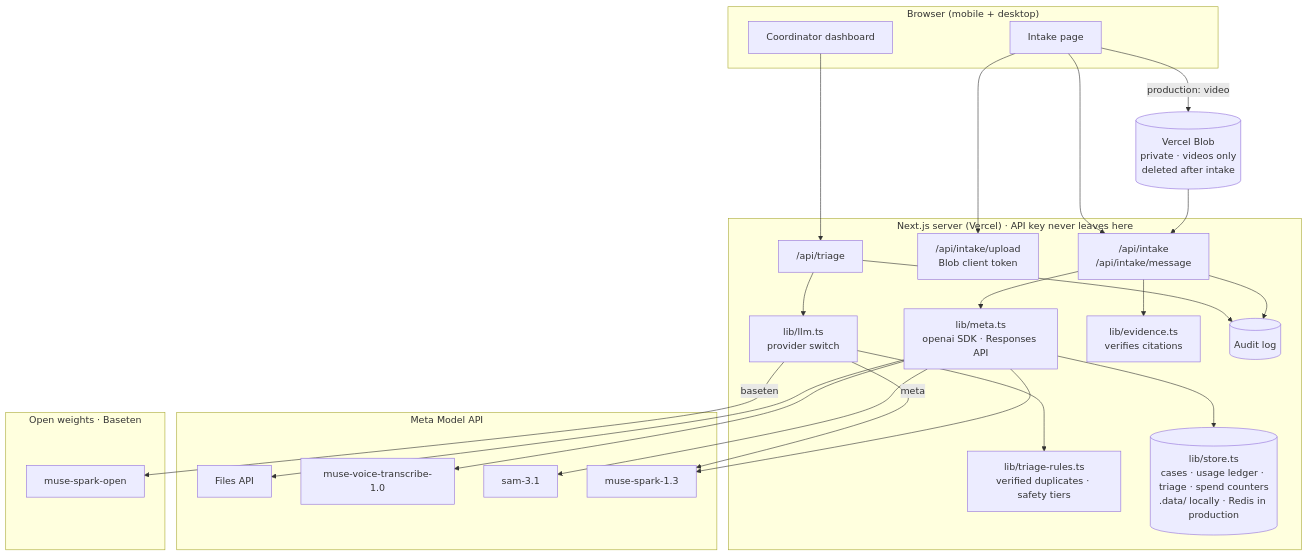
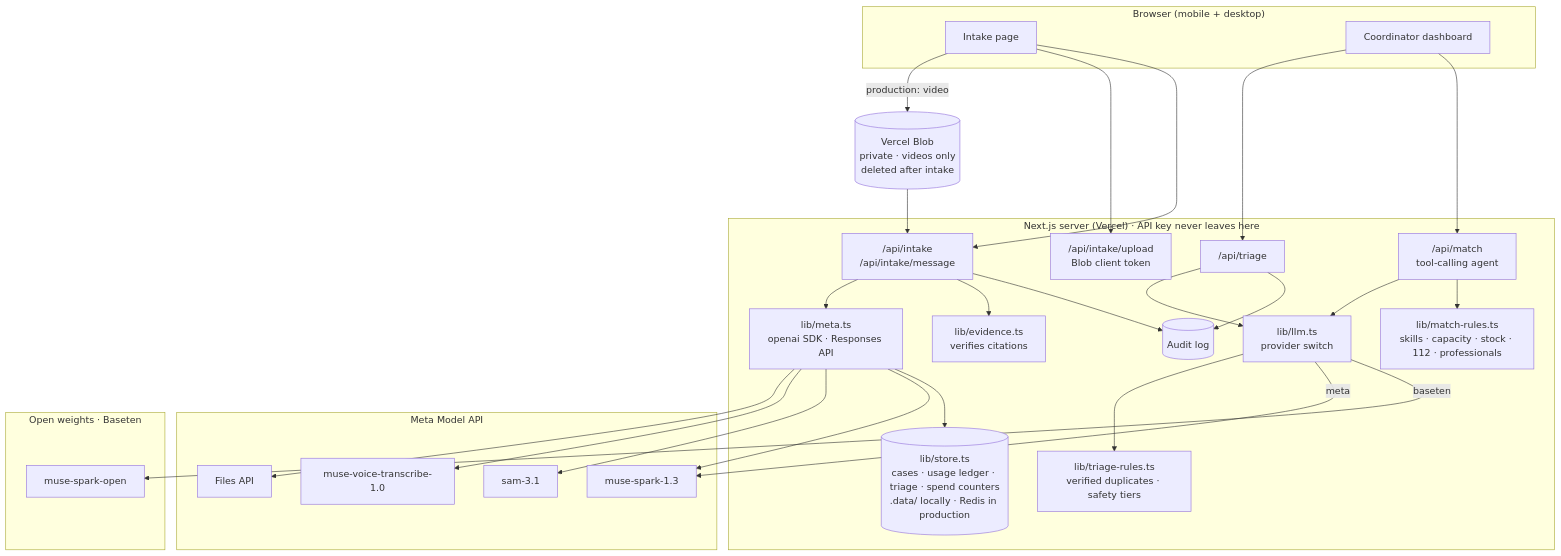
Before and after one commit to SapSaeta/relief-net: the sixth of 7 diagrams in README.md, drawn with Mermaid. The commit also changed other lines of this file and 6 other files, not shown here.

````diff
--- a/README.md
+++ b/README.md
@@ -181,40 +229,45 @@
 ```mermaid
 flowchart TB
     subgraph Client["Browser (mobile + desktop)"]
         UI1[Intake page]
         UI2[Coordinator dashboard]
     end
     subgraph Server["Next.js server (Vercel) · API key never leaves here"]
         R1["/api/intake<br/>/api/intake/message"]
         R0["/api/intake/upload<br/>Blob client token"]
         R2["/api/triage"]
+        R3["/api/match<br/>tool-calling agent"]
+        MRULES["lib/match-rules.ts<br/>skills · capacity · stock · 112 · professionals"]
         LIB["lib/meta.ts<br/>openai SDK · Responses API"]
         LLM["lib/llm.ts<br/>provider switch"]
         RULES["lib/triage-rules.ts<br/>verified duplicates · safety tiers"]
         VER["lib/evidence.ts<br/>verifies citations"]
         LED[("lib/store.ts<br/>cases · usage ledger · triage · spend counters<br/>.data/ locally · Redis in production")]
         LOG[(Audit log)]
     end
     subgraph Meta["Meta Model API"]
         M1[Files API]
         M2[muse-voice-transcribe-1.0]
         M3[sam-3.1]
         M4[muse-spark-1.3]
     end
     subgraph Open["Open weights · Baseten"]
         O1[muse-spark-open]
     end
     UI1 -->|production: video| BLOB[("Vercel Blob<br/>private · videos only<br/>deleted after intake")]
     UI1 --> R0
     BLOB --> R1
     UI1 --> R1
     UI2 --> R2
+    UI2 --> R3
+    R3 --> LLM
+    R3 --> MRULES
     R1 --> LIB
     R2 --> LLM --> RULES
     LIB --> M1 & M2 & M3 & M4
     LLM -->|meta| M4
     LLM -->|baseten| O1
     R1 --> VER
     LIB --> LED
     R1 & R2 --> LOG
 ```
````
